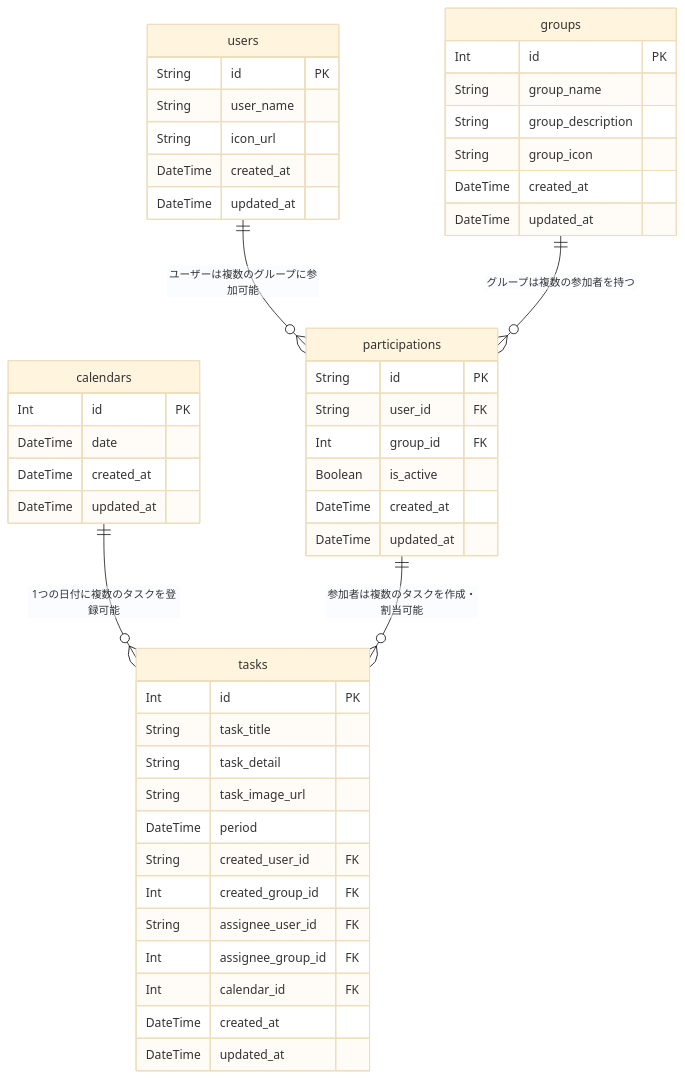
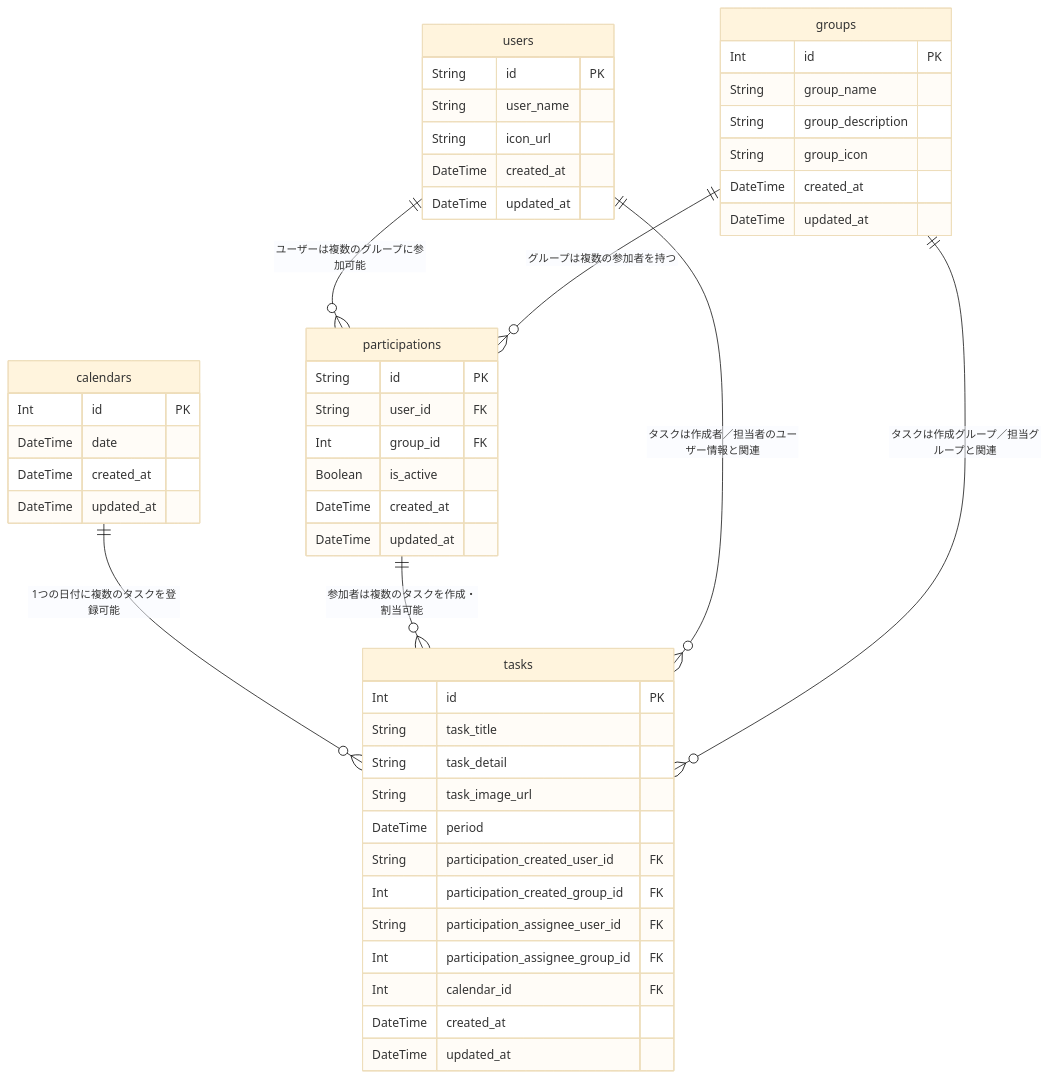
Before and after one commit to hiroyuki20010323/portfolio: the diagram in README.md, drawn with Mermaid (base theme). The commit also changed 7 other files, not shown here.

````diff
--- a/README.md
+++ b/README.md
@@ -74,52 +74,56 @@
 ```mermaid
 erDiagram
     users {
         String id PK
         String user_name
         String icon_url
         DateTime created_at
         DateTime updated_at
     }
     groups {
         Int id PK
         String group_name
         String group_description
         String group_icon
         DateTime created_at
         DateTime updated_at
     }
     participations {
         String id PK
         String user_id FK
         Int group_id FK
         Boolean is_active
         DateTime created_at
         DateTime updated_at
     }
     calendars {
         Int id PK
         DateTime date
         DateTime created_at
         DateTime updated_at
     }
     tasks {
         Int id PK
         String task_title
         String task_detail
         String task_image_url
         DateTime period
-        String created_user_id FK
-        Int created_group_id FK
-        String assignee_user_id FK
-        Int assignee_group_id FK
+        String participation_created_user_id FK
+        Int participation_created_group_id FK
+        String participation_assignee_user_id FK
+        Int participation_assignee_group_id FK
         Int calendar_id FK
         DateTime created_at
         DateTime updated_at
     }
 
-    %% Relationships
+%% 既存のリレーションシップ
     users ||--o{ participations : "ユーザーは複数のグループに参加可能"
     groups ||--o{ participations : "グループは複数の参加者を持つ"
     calendars ||--o{ tasks : "1つの日付に複数のタスクを登録可能"
     participations ||--o{ tasks : "参加者は複数のタスクを作成・割当可能"
+
+    %% タスクとユーザー／グループ間の直接的な関係（概念上の関連）
+    users ||--o{ tasks : "タスクは作成者／担当者のユーザー情報と関連"
+    groups ||--o{ tasks : "タスクは作成グループ／担当グループと関連"
 ```
````
